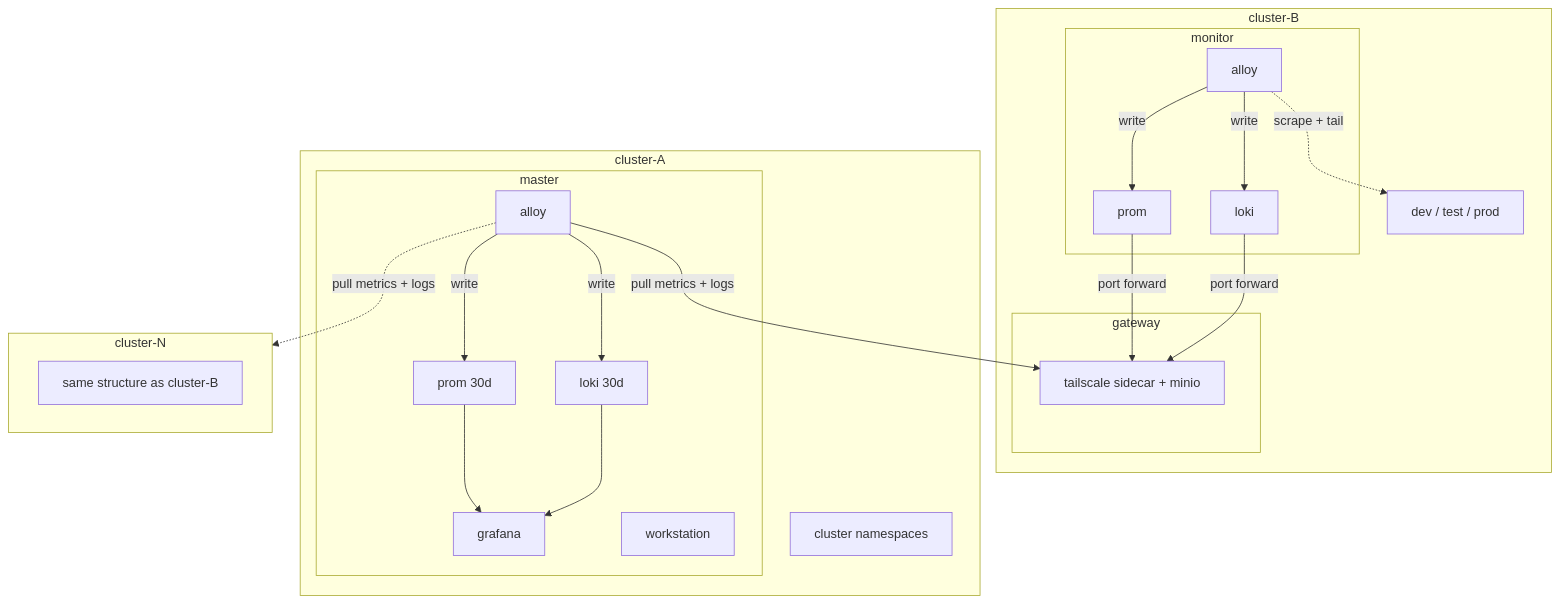
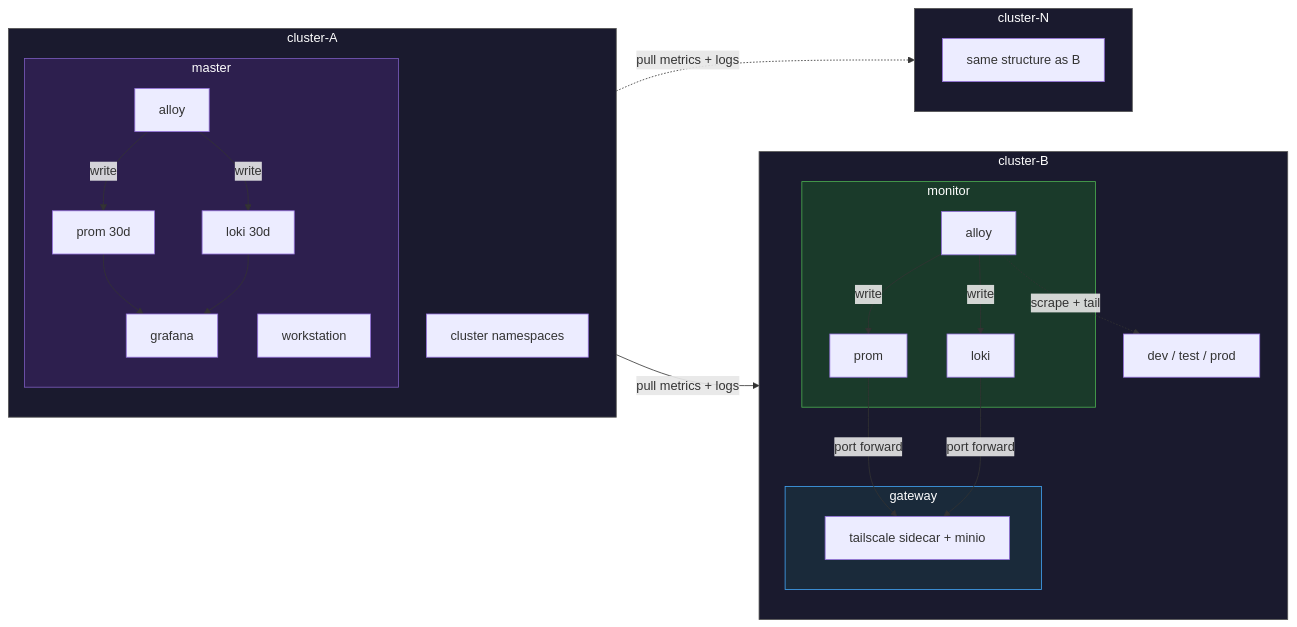
The first of 2 diagrams in docs/infra/infrastructure.md (Kord96/kordinate), drawn with Mermaid before and after one commit. The commit also changed other lines of this file, not shown here.

````diff
--- a/docs/infra/infrastructure.md
+++ b/docs/infra/infrastructure.md
@@ -22,30 +22,39 @@
 ```mermaid
-flowchart TB
+flowchart LR
     subgraph CB[cluster-B]
+        direction TB
+        ENV-B[dev / test / prod]
+        subgraph mon-b[monitor]
+            AL-B[alloy] -->|write| PR-B[prom] & LK-B[loki]
+        end
         subgraph gw-b[gateway]
             GWT-B[tailscale sidecar + minio]
         end
-        subgraph mon-b[monitor]
-            AL-B[alloy] -->|write| PR-B[prom] & LK-B[loki]
-        end
-        AL-B -.->|scrape + tail| ENV-B[dev / test / prod]
+        AL-B -.->|scrape + tail| ENV-B
         PR-B & LK-B -->|port forward| GWT-B
     end
 
     subgraph CA[cluster-A]
+        direction TB
         subgraph master[master]
-            MA[alloy]
-            MA -->|write| MP[prom 30d] & ML[loki 30d]
+            MA[alloy] -->|write| MP[prom 30d] & ML[loki 30d]
             MP & ML --> G[grafana]
             WS[workstation]
         end
         CA-OTHER[cluster namespaces]
     end
 
     subgraph CN[cluster-N]
-        CN-INNER[same structure as cluster-B]
+        CN-INNER[same structure as B]
     end
 
     MA -->|pull metrics + logs| GWT-B
     MA -.->|pull metrics + logs| CN
+
+    style master fill:#2d1f4e,stroke:#7c5cbf,color:#fff
+    style mon-b fill:#1a3a2a,stroke:#4caf50,color:#fff
+    style gw-b fill:#1a2a3a,stroke:#42a5f5,color:#fff
+    style CA fill:#1a1a2e,stroke:#555,color:#fff
+    style CB fill:#1a1a2e,stroke:#555,color:#fff
+    style CN fill:#1a1a2e,stroke:#555,color:#fff
 ```
````
